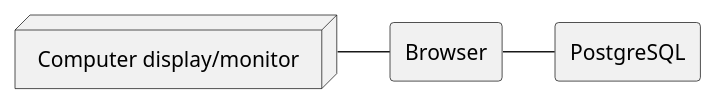
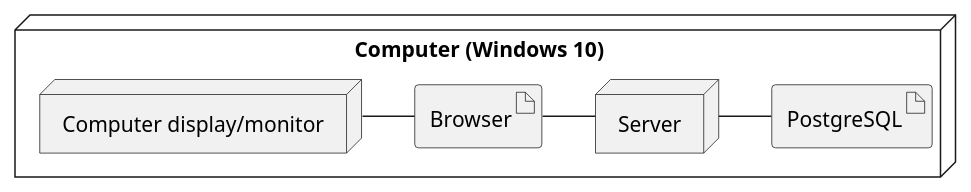
The diagram in documentation/diagrams/deployment/Deployment.puml (stanislawcs/blunk_shop), drawn with PlantUML before and after one commit.

Commit message:
Fix deployment diagram

```diff
--- a/documentation/diagrams/deployment/Deployment.puml
+++ b/documentation/diagrams/deployment/Deployment.puml
@@ -1,12 +1,25 @@
 @startuml
 'https://plantuml.com/deployment-diagram
 
-rectangle Browser
+
+skinparam{
+FileAlign top right
+MessageAlign center
+}
+
+node "Computer (Windows 10)"{
+artifact Browser
 node "Computer display/monitor"
-rectangle PostgreSQL
 
+node Server
+
+artifact PostgreSQL
 "Computer display/monitor" - Browser
 
-Browser - PostgreSQL
+Browser - Server
+
+Server - PostgreSQL
+}
+
 
 @enduml
```
